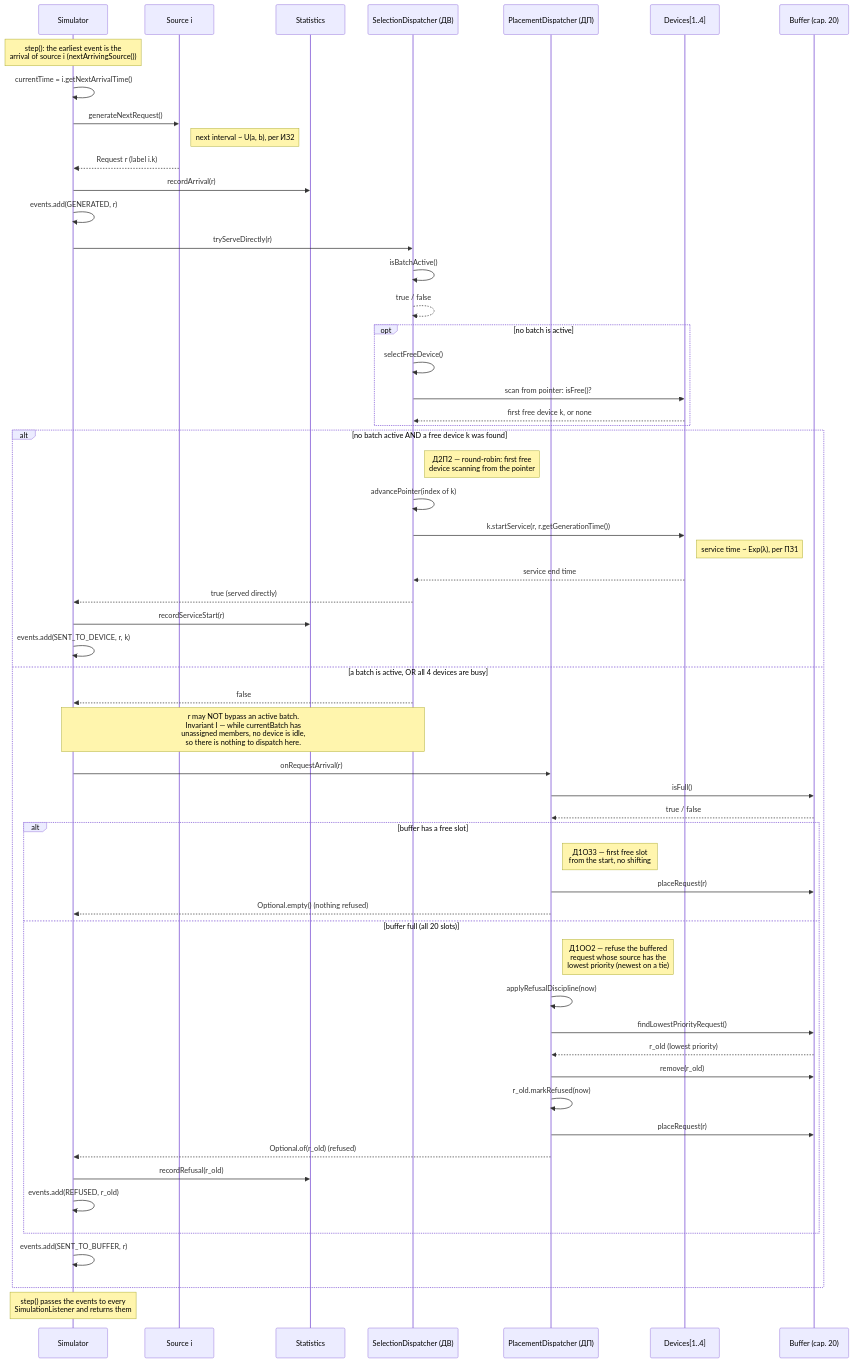
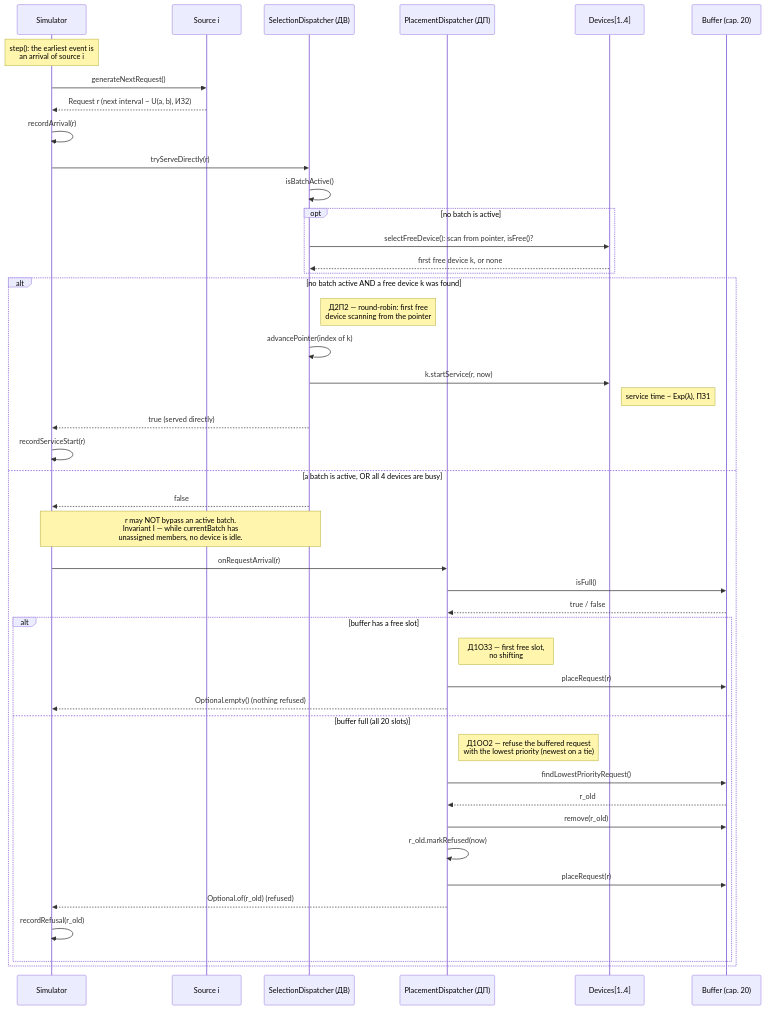
The diagram in docs/diagrams/sequence-arrival.mmd (abdelrhmanbaha/smo-v24-commodity-trading), drawn with Mermaid before and after one commit. The commit also changed 8 other files, not shown here.

Commit message:
class and sequence diagrams to the design level add things

```diff
--- a/docs/diagrams/sequence-arrival.mmd
+++ b/docs/diagrams/sequence-arrival.mmd
@@ -1,59 +1,47 @@
 sequenceDiagram
     participant Sim as Simulator
     participant S as Source i
-    participant St as Statistics
     participant ДВ as SelectionDispatcher (ДВ)
     participant ДП as PlacementDispatcher (ДП)
     participant D as Devices[1..4]
     participant B as Buffer (cap. 20)
 
-    Note over Sim: step(): the earliest event is the<br/>arrival of source i (nextArrivingSource())
-    Sim->>Sim: currentTime = i.getNextArrivalTime()
+    Note over Sim: step(): the earliest event is<br/>an arrival of source i
     Sim->>S: generateNextRequest()
-    Note right of S: next interval ~ U(a, b), per ИЗ2
-    S-->>Sim: Request r (label i.k)
-    Sim->>St: recordArrival(r)
-    Sim->>Sim: events.add(GENERATED, r)
+    S-->>Sim: Request r (next interval ~ U(a, b), ИЗ2)
+    Sim->>Sim: recordArrival(r)
     Sim->>ДВ: tryServeDirectly(r)
     ДВ->>ДВ: isBatchActive()
-    ДВ-->>ДВ: true / false
     opt no batch is active
-        ДВ->>ДВ: selectFreeDevice()
-        ДВ->>D: scan from pointer: isFree()?
+        ДВ->>D: selectFreeDevice(): scan from pointer, isFree()?
         D-->>ДВ: first free device k, or none
     end
 
     alt no batch active AND a free device k was found
         Note right of ДВ: Д2П2 — round-robin: first free<br/>device scanning from the pointer
         ДВ->>ДВ: advancePointer(index of k)
-        ДВ->>D: k.startService(r, r.getGenerationTime())
-        Note right of D: service time ~ Exp(λ), per ПЗ1
-        D-->>ДВ: service end time
+        ДВ->>D: k.startService(r, now)
+        Note right of D: service time ~ Exp(λ), ПЗ1
         ДВ-->>Sim: true (served directly)
-        Sim->>St: recordServiceStart(r)
-        Sim->>Sim: events.add(SENT_TO_DEVICE, r, k)
+        Sim->>Sim: recordServiceStart(r)
     else a batch is active, OR all 4 devices are busy
         ДВ-->>Sim: false
-        Note over Sim,ДВ: r may NOT bypass an active batch.<br/>Invariant I — while currentBatch has<br/>unassigned members, no device is idle,<br/>so there is nothing to dispatch here.
+        Note over Sim,ДВ: r may NOT bypass an active batch.<br/>Invariant I — while currentBatch has<br/>unassigned members, no device is idle.
         Sim->>ДП: onRequestArrival(r)
         ДП->>B: isFull()
         B-->>ДП: true / false
         alt buffer has a free slot
-            Note right of ДП: Д1ОЗ3 — first free slot<br/>from the start, no shifting
+            Note right of ДП: Д1ОЗ3 — first free slot,<br/>no shifting
             ДП->>B: placeRequest(r)
             ДП-->>Sim: Optional.empty() (nothing refused)
         else buffer full (all 20 slots)
-            Note right of ДП: Д1ОО2 — refuse the buffered<br/>request whose source has the<br/>lowest priority (newest on a tie)
-            ДП->>ДП: applyRefusalDiscipline(now)
+            Note right of ДП: Д1ОО2 — refuse the buffered request<br/>with the lowest priority (newest on a tie)
             ДП->>B: findLowestPriorityRequest()
-            B-->>ДП: r_old (lowest priority)
+            B-->>ДП: r_old
             ДП->>B: remove(r_old)
             ДП->>ДП: r_old.markRefused(now)
             ДП->>B: placeRequest(r)
             ДП-->>Sim: Optional.of(r_old) (refused)
-            Sim->>St: recordRefusal(r_old)
-            Sim->>Sim: events.add(REFUSED, r_old)
+            Sim->>Sim: recordRefusal(r_old)
         end
-        Sim->>Sim: events.add(SENT_TO_BUFFER, r)
     end
-    Note over Sim: step() passes the events to every<br/>SimulationListener and returns them
```
